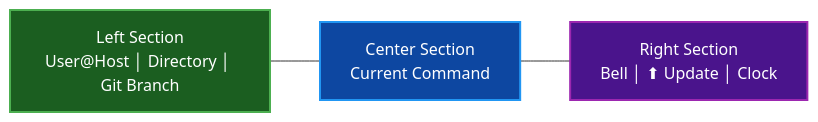
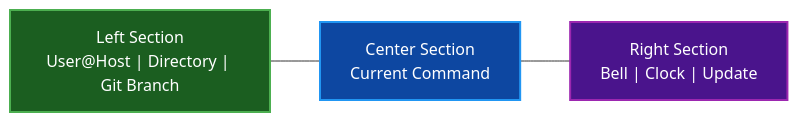
The diagram in docs/STATUS_BAR.md (paulrobello/par-term), drawn with Mermaid before and after one commit. The commit also changed other lines of this file and 38 other files, not shown here.

````diff
--- a/docs/STATUS_BAR.md
+++ b/docs/STATUS_BAR.md
@@ -26,12 +26,12 @@
 ```mermaid
 graph LR
-    Left["Left Section\nUser@Host │ Directory │ Git Branch"]
+    Left["Left Section\nUser@Host | Directory | Git Branch"]
     Center["Center Section\nCurrent Command"]
-    Right["Right Section\nBell │ ⬆ Update │ Clock"]
+    Right["Right Section\nBell | Clock | Update"]
 
     Left --- Center --- Right
 
     style Left fill:#1b5e20,stroke:#4caf50,stroke-width:2px,color:#ffffff
     style Center fill:#0d47a1,stroke:#2196f3,stroke-width:2px,color:#ffffff
     style Right fill:#4a148c,stroke:#9c27b0,stroke-width:2px,color:#ffffff
 ```
````
